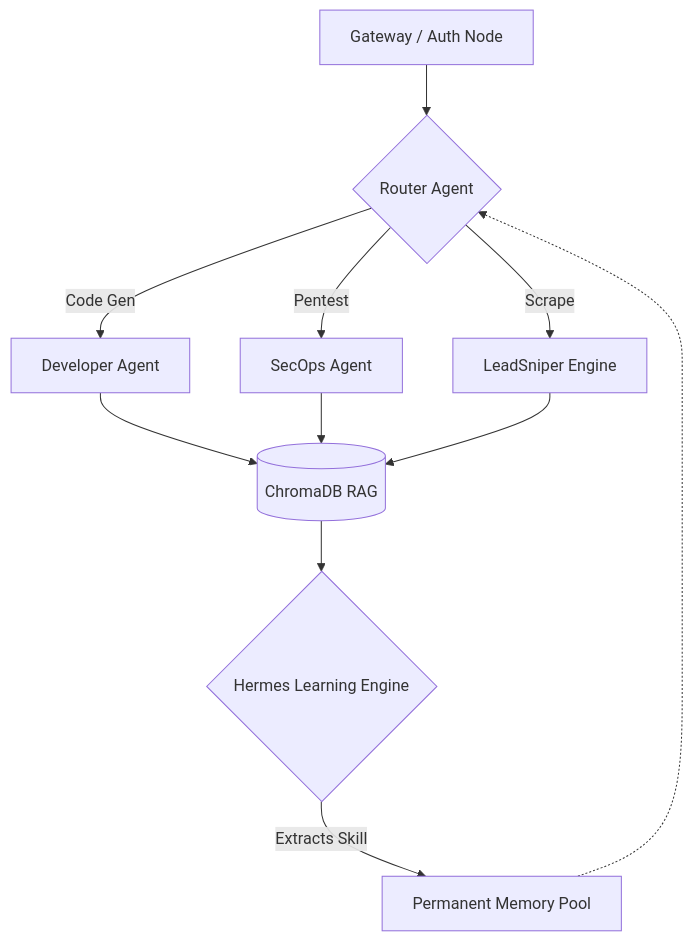
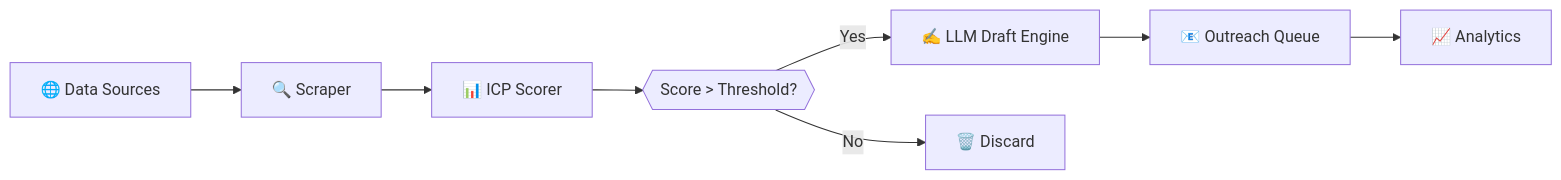
One commit to m4stanuj/m4stanuj changed the second of 2 diagrams in ARCHITECTURE.md. Above: the diagram before and after it, drawn with Mermaid. The commit also changed other lines of this file and 4 other files, not shown here.

First line of the commit message:
🚀 Major Profile Overhaul: Premium README, Architecture docs, CI/CD, FUNDING, Research

````diff
--- a/ARCHITECTURE.md
+++ b/ARCHITECTURE.md
@@ -6,15 +138,10 @@
 ```mermaid
-graph TD
-    A[Gateway / Auth Node] --> B{Router Agent}
-    B -->|Code Gen| C[Developer Agent]
-    B -->|Pentest| D[SecOps Agent]
-    B -->|Scrape| E[LeadSniper Engine]
-    
-    C --> F[(ChromaDB RAG)]
-    D --> F
-    E --> F
-    
-    F --> G{Hermes Learning Engine}
-    G -->|Extracts Skill| H[Permanent Memory Pool]
-    H -.-> B
+graph LR
+    A["🌐 Data Sources"] --> B["🔍 Scraper"]
+    B --> C["📊 ICP Scorer"]
+    C --> D{{"Score > Threshold?"}}
+    D -->|Yes| E["✍️ LLM Draft Engine"]
+    D -->|No| F["🗑️ Discard"]
+    E --> G["📧 Outreach Queue"]
+    G --> H["📈 Analytics"]
 ```
````
